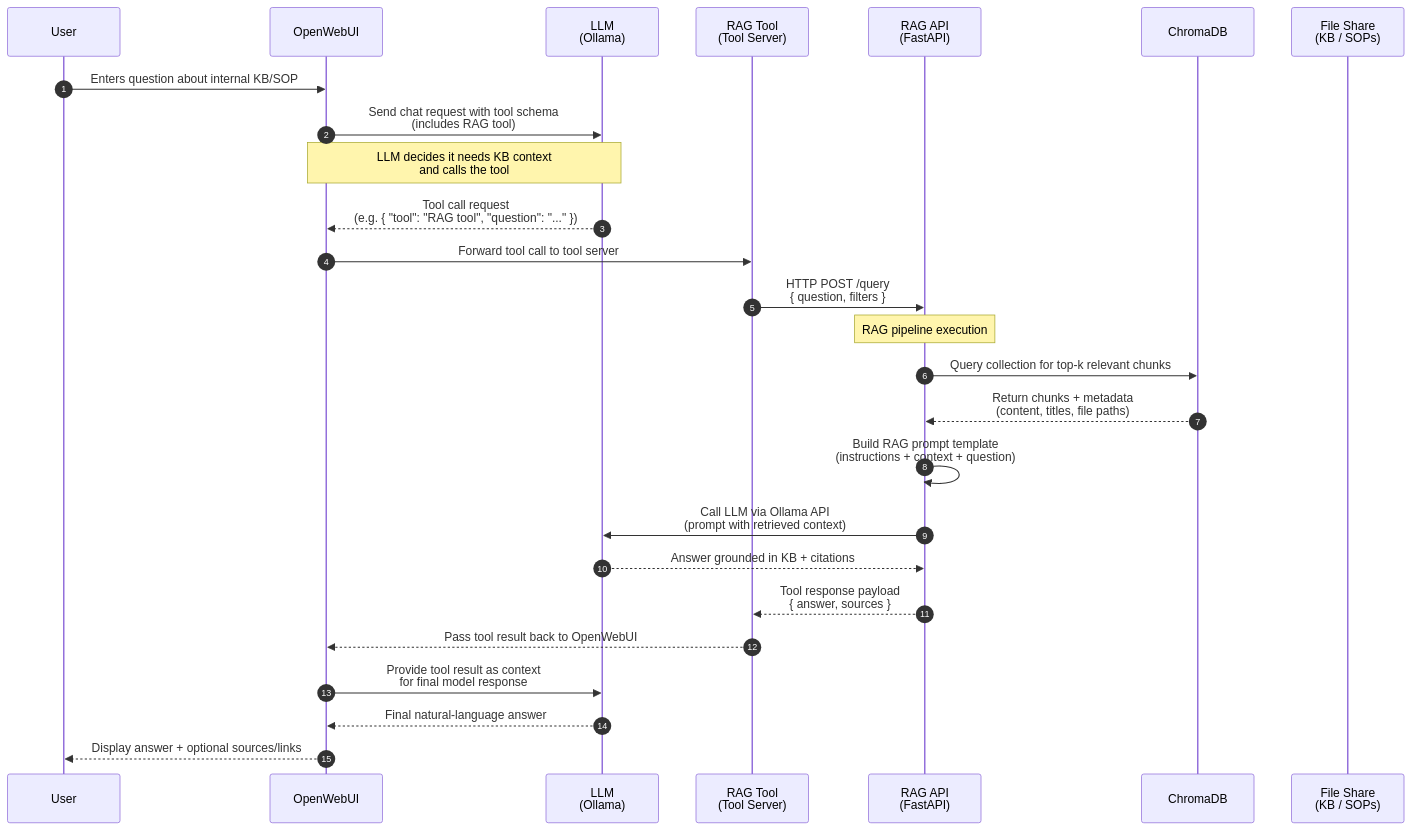
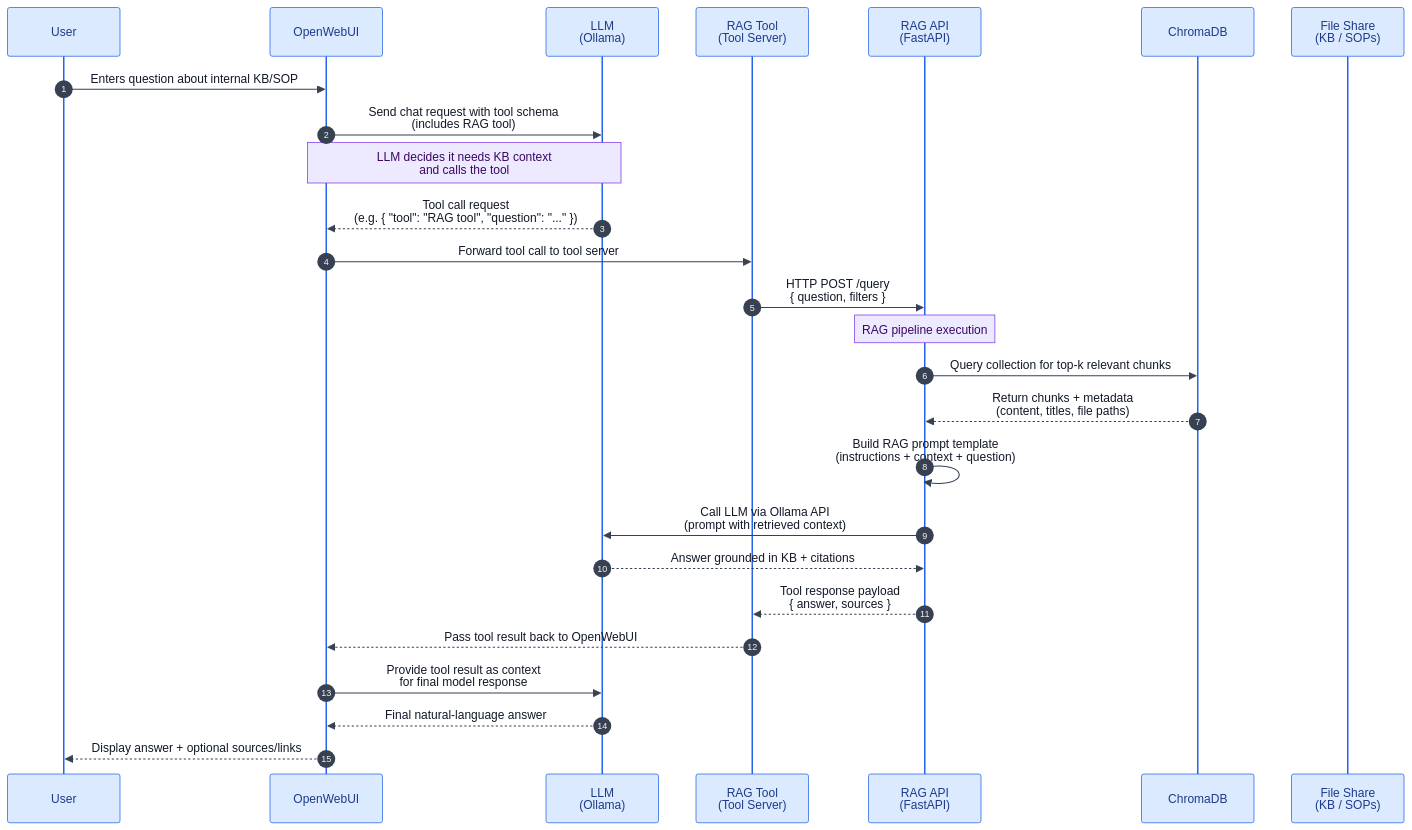
Before and after one commit to Dv-beep/AI-POC-RAG-Design: the third of 3 diagrams in docs/architecture/rag-sequence-diagram.md, drawn with Mermaid. The commit also changed other lines of this file and 1 other file, not shown here.

Commit message:
Enhance Mermaid diagrams with class definitions for improved visualization and clarity

````diff
--- a/docs/architecture/rag-sequence-diagram.md
+++ b/docs/architecture/rag-sequence-diagram.md
@@ -91,35 +104,36 @@
 ```mermaid
+%%{init: {"theme": "base", "themeVariables": {"actorBkg": "#dbeafe", "actorBorder": "#2563eb", "actorTextColor": "#1e3a8a", "activationBkgColor": "#fef3c7", "activationBorderColor": "#d97706", "noteBkgColor": "#ede9fe", "noteBorderColor": "#7c3aed", "noteTextColor": "#3b0764", "signalColor": "#374151", "signalTextColor": "#111827"}}}%%
 sequenceDiagram
     autonumber
     participant U as User
     participant W as OpenWebUI
     participant L as LLM<br/>(Ollama)
     participant T as RAG Tool<br/>(Tool Server)
     participant R as RAG API<br/>(FastAPI)
     participant C as ChromaDB
     participant FS as File Share<br/>(KB / SOPs)
 
     U->>W: Enters question about internal KB/SOP
     W->>L: Send chat request with tool schema<br/>(includes RAG tool)
 
     Note over L,W: LLM decides it needs KB context<br/>and calls the tool
 
     L-->>W: Tool call request<br/>(e.g. { "tool": "RAG tool", "question": "..." })
     W->>T: Forward tool call to tool server
     T->>R: HTTP POST /query<br/>{ question, filters }
 
     Note over R: RAG pipeline execution
 
     R->>C: Query collection for top-k relevant chunks
     C-->>R: Return chunks + metadata<br/>(content, titles, file paths)
 
     R->>R: Build RAG prompt template<br/>(instructions + context + question)
     R->>L: Call LLM via Ollama API<br/>(prompt with retrieved context)
     L-->>R: Answer grounded in KB + citations
 
     R-->>T: Tool response payload<br/>{ answer, sources }
     T-->>W: Pass tool result back to OpenWebUI
     W->>L: Provide tool result as context<br/>for final model response
     L-->>W: Final natural-language answer
     W-->>U: Display answer + optional sources/links
 ```
````
